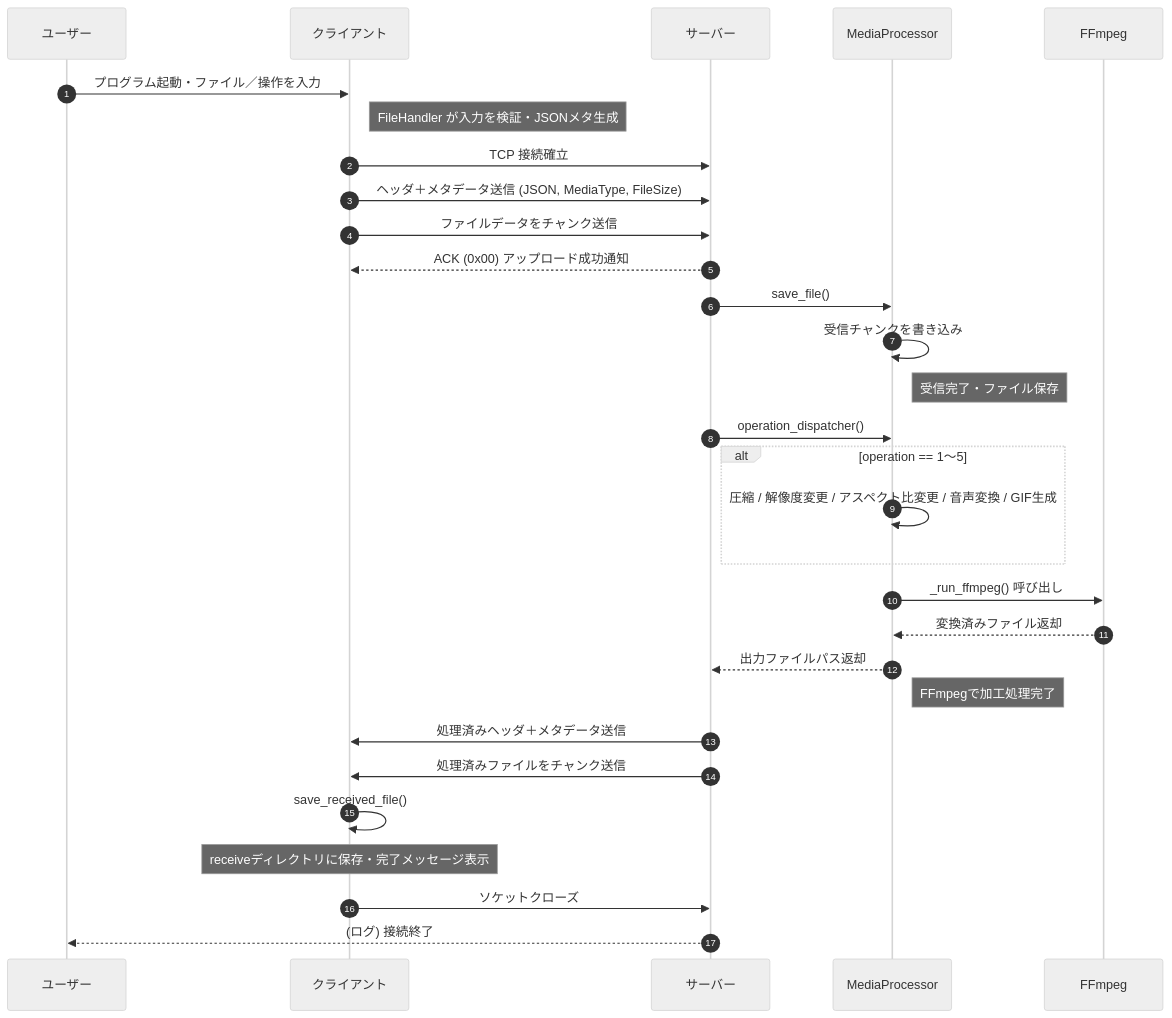
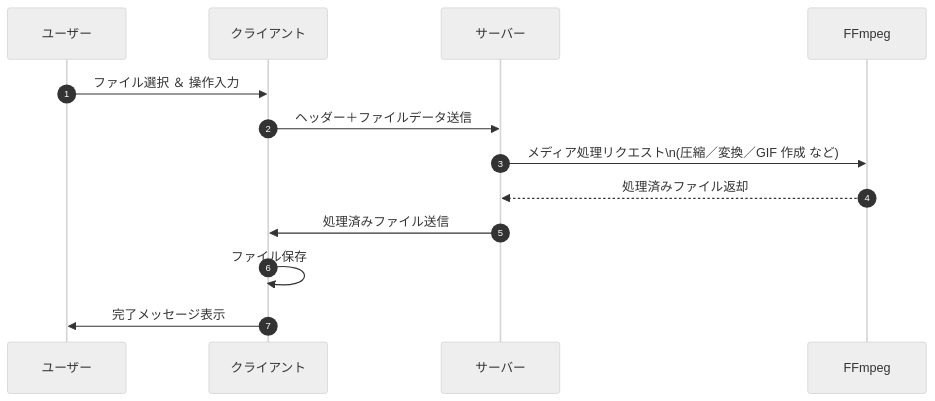
Before and after one commit to BackendExplorer/Video-Processor: the fourth of 4 diagrams in README.md, drawn with Mermaid (neutral theme). The commit also changed other lines of this file, not shown here.

````diff
--- a/README.md
+++ b/README.md
@@ -262,43 +262,23 @@
 ```mermaid
 sequenceDiagram
     autonumber
 
     participant ユーザー
     participant クライアント
     participant サーバー
-    participant MediaProcessor
     participant FFmpeg
 
-    %% ---- 起動 & アップロード ----
-    ユーザー ->> クライアント: プログラム起動・ファイル／操作を入力
-    note right of クライアント: FileHandler が入力を検証・JSONメタ生成
-    クライアント ->> サーバー: TCP 接続確立
-    クライアント ->> サーバー: ヘッダ＋メタデータ送信 (JSON, MediaType, FileSize)
-    クライアント ->> サーバー: ファイルデータをチャンク送信
-    サーバー -->> クライアント: ACK (0x00) アップロード成功通知
+    %% ユーザー操作→アップロード
+    ユーザー ->> クライアント: ファイル選択 ＆ 操作入力
+    クライアント ->> サーバー: ヘッダー＋ファイルデータ送信
 
-    %% ---- 受信 & 保存 ----
-    サーバー ->> MediaProcessor: save_file()
-    MediaProcessor ->> MediaProcessor: 受信チャンクを書き込み
-    note right of MediaProcessor: 受信完了・ファイル保存
+    %% サーバー側で処理
+    サーバー ->> FFmpeg: メディア処理リクエスト\n(圧縮／変換／GIF 作成 など)
+    FFmpeg -->> サーバー: 処理済みファイル返却
 
-    %% ---- 処理ディスパッチ ----
-    サーバー ->> MediaProcessor: operation_dispatcher()
-    alt operation == 1〜5
-        MediaProcessor ->> MediaProcessor: 圧縮 / 解像度変更 / アスペクト比変更 / 音声変換 / GIF生成
-    end
-    MediaProcessor ->> FFmpeg: _run_ffmpeg() 呼び出し
-    FFmpeg -->> MediaProcessor: 変換済みファイル返却
-    MediaProcessor -->> サーバー: 出力ファイルパス返却
-    note right of MediaProcessor: FFmpegで加工処理完了
+    %% ダウンロード→保存
+    サーバー ->> クライアント: 処理済みファイル送信
+    クライアント ->> クライアント: ファイル保存
+    クライアント ->> ユーザー: 完了メッセージ表示
 
-    %% ---- ダウンロード ----
-    サーバー ->> クライアント: 処理済みヘッダ＋メタデータ送信
-    サーバー ->> クライアント: 処理済みファイルをチャンク送信
-    クライアント ->> クライアント: save_received_file()
-    note over クライアント: receiveディレクトリに保存・完了メッセージ表示
-
-    %% ---- 終了 ----
-    クライアント ->> サーバー: ソケットクローズ
-    サーバー -->> ユーザー: (ログ) 接続終了
 ```
````
